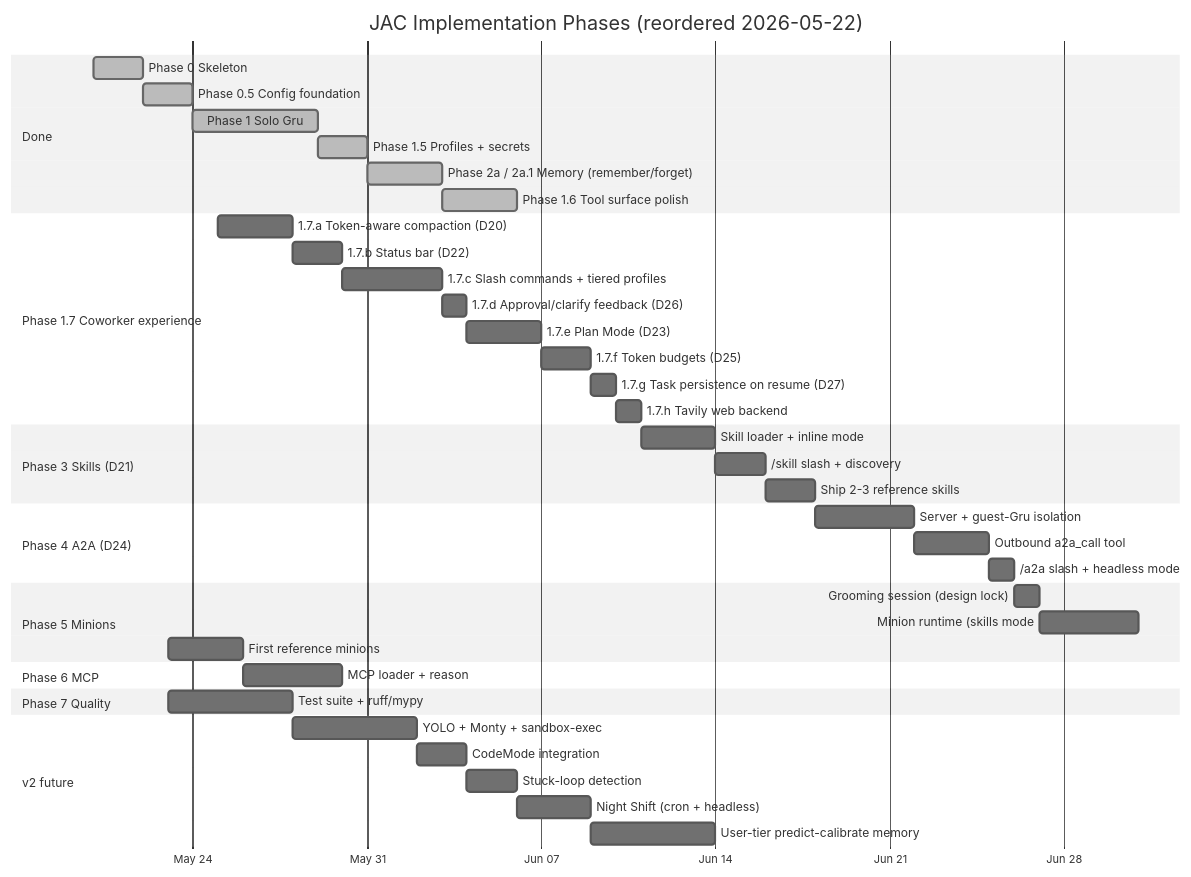
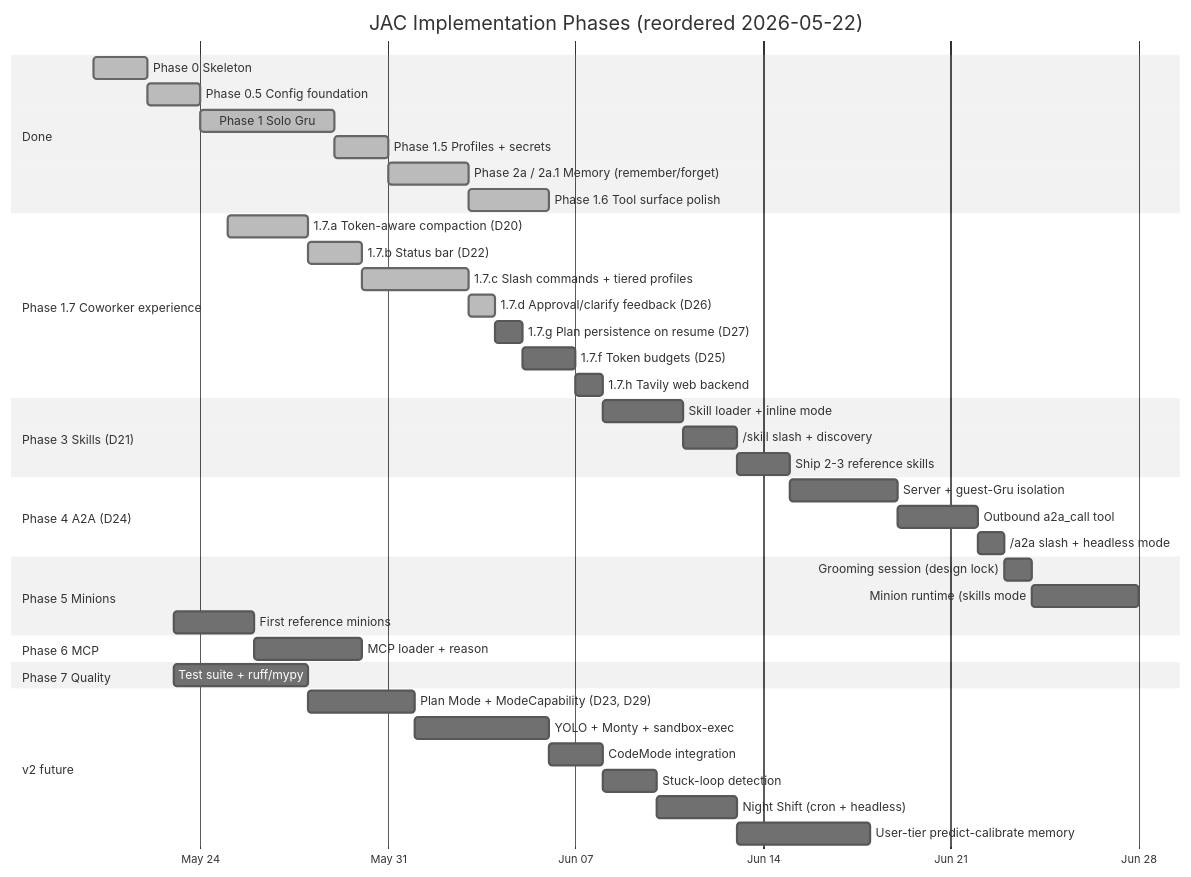
The eighth of 8 diagrams in docs/architecture.md (VENKATESHWARAN-R/JAC), drawn with Mermaid (neutral theme) before and after one commit. The commit also changed other lines of this file and 7 other files, not shown here.

First line of the commit message:
Refactor plan management and enhance session persistence

````diff
--- a/docs/architecture.md
+++ b/docs/architecture.md
@@ -442,52 +442,52 @@
 ```mermaid
 gantt
     title JAC Implementation Phases (reordered 2026-05-22)
     dateFormat YYYY-MM-DD
     axisFormat %b %d
 
     section Done
     Phase 0  Skeleton                       :done, p0,  2026-05-20, 2d
     Phase 0.5 Config foundation             :done, p05, after p0, 2d
     Phase 1  Solo Gru                       :done, p1,  after p05, 5d
     Phase 1.5 Profiles + secrets            :done, p15, after p1, 2d
     Phase 2a / 2a.1 Memory (remember/forget):done, p2a, after p15, 3d
     Phase 1.6 Tool surface polish           :done, p16, after p2a, 3d
 
     section Phase 1.7 Coworker experience
-    1.7.a Token-aware compaction (D20)      :p17a, 2026-05-25, 3d
-    1.7.b Status bar (D22)                  :p17b, after p17a, 2d
-    1.7.c Slash commands + tiered profiles  :p17c, after p17b, 4d
-    1.7.d Approval/clarify feedback (D26)   :p17d, after p17c, 1d
-    1.7.e Plan Mode (D23)                   :p17e, after p17d, 3d
-    1.7.f Token budgets (D25)               :p17f, after p17e, 2d
-    1.7.g Task persistence on resume (D27)  :p17g, after p17f, 1d
-    1.7.h Tavily web backend                :p17h, after p17g, 1d
+    1.7.a Token-aware compaction (D20)      :done, p17a, 2026-05-25, 3d
+    1.7.b Status bar (D22)                  :done, p17b, after p17a, 2d
+    1.7.c Slash commands + tiered profiles  :done, p17c, after p17b, 4d
+    1.7.d Approval/clarify feedback (D26)   :done, p17d, after p17c, 1d
+    1.7.g Plan persistence on resume (D27)  :p17g, after p17d, 1d
+    1.7.f Token budgets (D25)               :p17f, after p17g, 2d
+    1.7.h Tavily web backend                :p17h, after p17f, 1d
 
     section Phase 3 Skills (D21)
     Skill loader + inline mode              :p3a, after p17h, 3d
     /skill slash + discovery                :p3b, after p3a, 2d
     Ship 2-3 reference skills               :p3c, after p3b, 2d
 
     section Phase 4 A2A (D24)
     Server + guest-Gru isolation            :p4a, after p3c, 4d
     Outbound a2a_call tool                  :p4b, after p4a, 3d
     /a2a slash + headless mode              :p4c, after p4b, 1d
 
     section Phase 5 Minions
     Grooming session (design lock)          :p5a, after p4c, 1d
     Minion runtime (skills mode:minion)     :p5b, after p5a, 4d
     First reference minions                 :p5c, after p5b, 3d
 
     section Phase 6 MCP
     MCP loader + reason: tension call       :p6,  after p5c, 4d
 
     section Phase 7 Quality
     Test suite + ruff/mypy                  :p7,  after p6, 5d
 
     section v2 future
-    YOLO + Monty + sandbox-exec             :v2a, after p7, 5d
-    CodeMode integration                    :v2b, after v2a, 2d
-    Stuck-loop detection                    :v2c, after v2b, 2d
-    Night Shift (cron + headless)           :v2d, after v2c, 3d
-    User-tier predict-calibrate memory      :v2e, after v2d, 5d
+    Plan Mode + ModeCapability (D23, D29)   :v2pl, after p7, 4d
+    YOLO + Monty + sandbox-exec             :v2a,  after v2pl, 5d
+    CodeMode integration                    :v2b,  after v2a, 2d
+    Stuck-loop detection                    :v2c,  after v2b, 2d
+    Night Shift (cron + headless)           :v2d,  after v2c, 3d
+    User-tier predict-calibrate memory      :v2e,  after v2d, 5d
 ```
````
